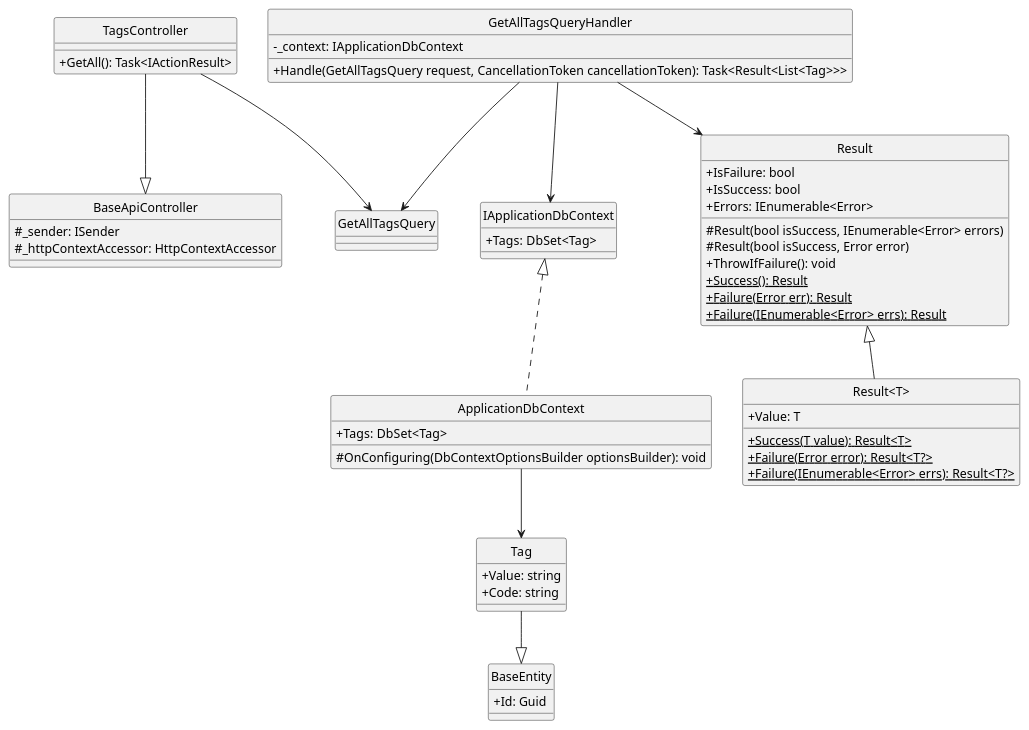
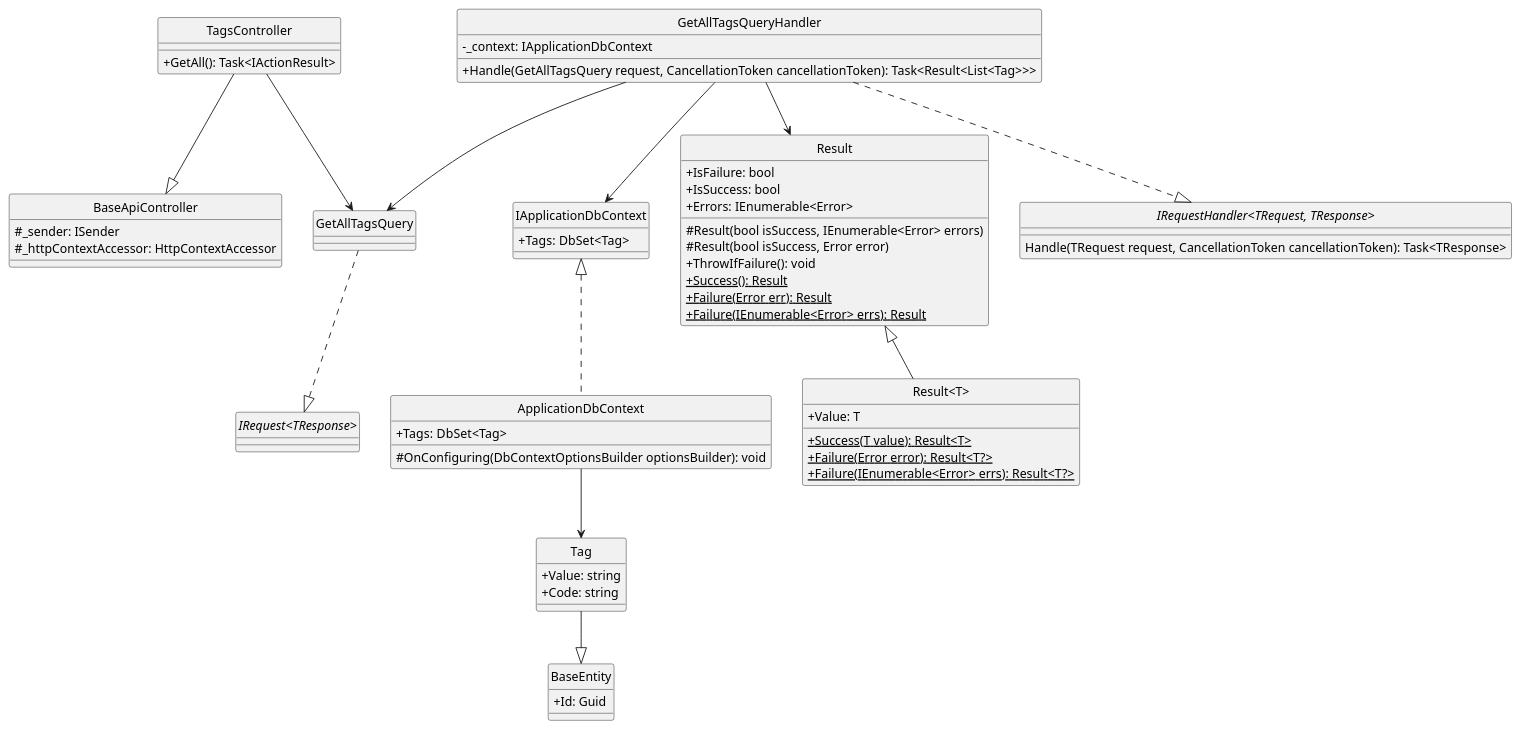
One commit to Carl-Johnsons/Chat-Application changed the diagram in docs/Class Diagram/Post/Tags/GetAllTag/ClassDiagram.plantuml. Above: the diagram before and after it, drawn with PlantUML. The commit also changed 21 other files, not shown here.

Commit message:
update post class diagram

```diff
--- a/docs/Class Diagram/Post/Tags/GetAllTag/ClassDiagram.plantuml
+++ b/docs/Class Diagram/Post/Tags/GetAllTag/ClassDiagram.plantuml
@@ -1,73 +1,80 @@
-@startuml 
+@startuml getAllTag
 hide circle
 skinparam classAttributeIconSize 0
 
 class BaseApiController {
     #_sender: ISender
     #_httpContextAccessor: HttpContextAccessor
 }
 
 class TagsController {
     +GetAll(): Task<IActionResult>
 }
 
 class GetAllTagsQuery {
 }
 
 class GetAllTagsQueryHandler {
     -_context: IApplicationDbContext
     +Handle(GetAllTagsQuery request, CancellationToken cancellationToken): Task<Result<List<Tag>>>
 }
 
 class IApplicationDbContext {
     +Tags: DbSet<Tag>
 }
 
 class ApplicationDbContext {
     +Tags: DbSet<Tag>
     #OnConfiguring(DbContextOptionsBuilder optionsBuilder): void
 }
 
 class Result {
     +IsFailure: bool
     +IsSuccess: bool
     +Errors: IEnumerable<Error>
     #Result(bool isSuccess, IEnumerable<Error> errors)
     #Result(bool isSuccess, Error error)
     +ThrowIfFailure(): void
     +{static} Success(): Result
     +{static} Failure(Error err): Result
     +{static} Failure(IEnumerable<Error> errs): Result
 }
 
 class "Result<T>" {
     +Value: T
     +{static} Success(T value): Result<T>
     +{static} Failure(Error error): Result<T?>
     +{static} Failure(IEnumerable<Error> errs): Result<T?>
 }
 
 class BaseEntity {
     +Id: Guid 
 }
 
 class Tag {
     +Value: string
     +Code: string
 }
 
+interface "IRequest<TResponse>"
+interface "IRequestHandler<TRequest, TResponse>"{
+    Handle(TRequest request, CancellationToken cancellationToken): Task<TResponse>
+}
+
 '==== Get All Post ====
 'API Layer
 TagsController --|> BaseApiController
 TagsController --> GetAllTagsQuery
 'Application Layer
+GetAllTagsQuery ..|> "IRequest<TResponse>"
+GetAllTagsQueryHandler ..|> "IRequestHandler<TRequest, TResponse>"
 GetAllTagsQueryHandler --> GetAllTagsQuery
 GetAllTagsQueryHandler --> Result
 GetAllTagsQueryHandler --> IApplicationDbContext
 'Domain Layer
 Result <|-- "Result<T>"
 Tag --|> BaseEntity
 'Infrastructure Layer
 IApplicationDbContext <|.. ApplicationDbContext
 ApplicationDbContext --> Tag
 @enduml
```
